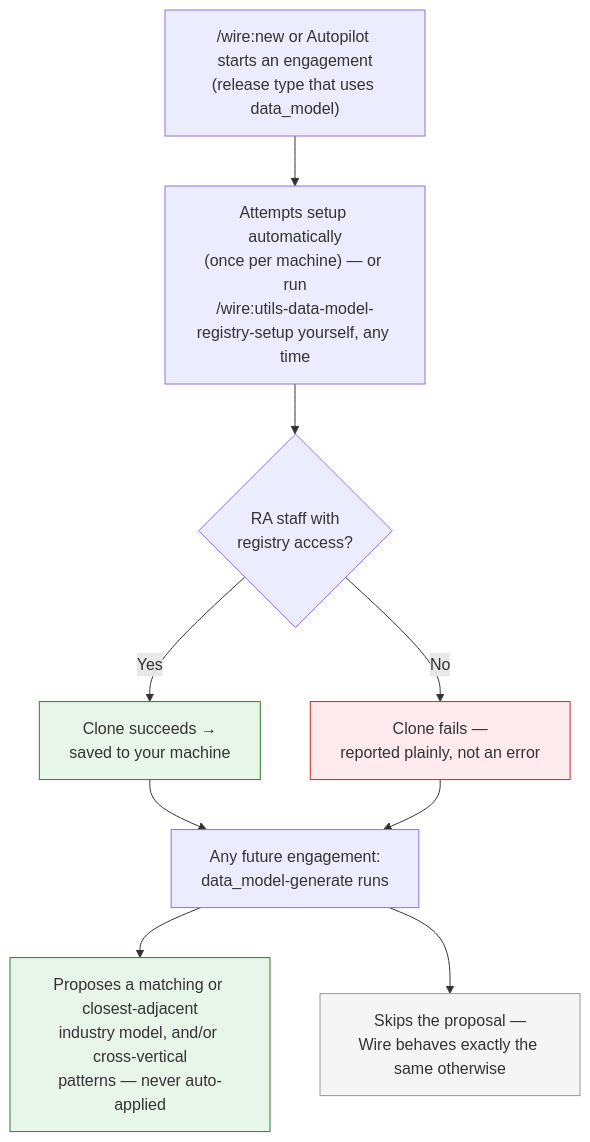
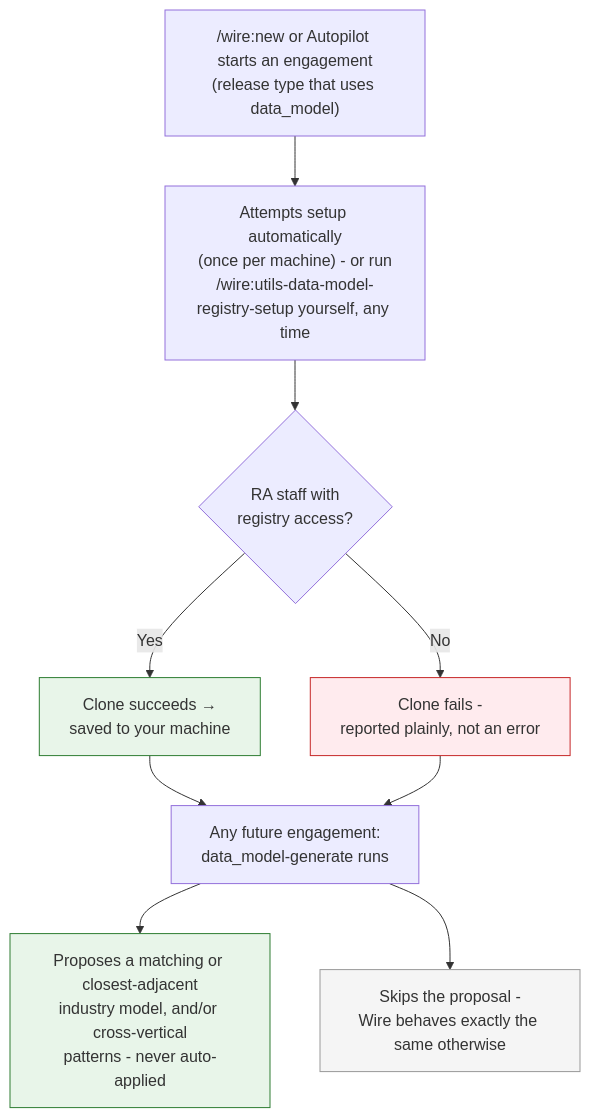
The second of 2 diagrams in docs-site/docs/advanced/registries.md (rittmananalytics/wire-plugin-preview), drawn with Mermaid before and after one commit. The commit also changed other lines of this file and 95 other files, not shown here.

````diff
--- a/docs-site/docs/advanced/registries.md
+++ b/docs-site/docs/advanced/registries.md
@@ -179,20 +179,20 @@
 ```mermaid
 flowchart TB
     START["/wire:new or Autopilot starts an engagement\n(release type that uses data_model)"]
-    AUTO["Attempts setup automatically\n(once per machine) — or run\n/wire:utils-data-model-registry-setup yourself, any time"]
+    AUTO["Attempts setup automatically\n(once per machine) - or run\n/wire:utils-data-model-registry-setup yourself, any time"]
     CHECK{"RA staff with<br/>registry access?"}
     YES["Clone succeeds →<br/>saved to your machine"]
-    NO["Clone fails —<br/>reported plainly, not an error"]
+    NO["Clone fails -<br/>reported plainly, not an error"]
     GEN["Any future engagement:<br/>data_model-generate runs"]
-    PROPOSE["Proposes a matching or closest-adjacent<br/>industry model, and/or cross-vertical<br/>patterns — never auto-applied"]
-    SKIP["Skips the proposal —<br/>Wire behaves exactly the same otherwise"]
+    PROPOSE["Proposes a matching or closest-adjacent<br/>industry model, and/or cross-vertical<br/>patterns - never auto-applied"]
+    SKIP["Skips the proposal -<br/>Wire behaves exactly the same otherwise"]
 
     START --> AUTO --> CHECK
     CHECK -->|Yes| YES --> GEN --> PROPOSE
     CHECK -->|No| NO --> GEN --> SKIP
 
     style YES fill:#e8f5e9,stroke:#2e7d32
     style NO fill:#ffebee,stroke:#c62828
     style PROPOSE fill:#e8f5e9,stroke:#2e7d32
     style SKIP fill:#f5f5f5,stroke:#999
 ```
````
